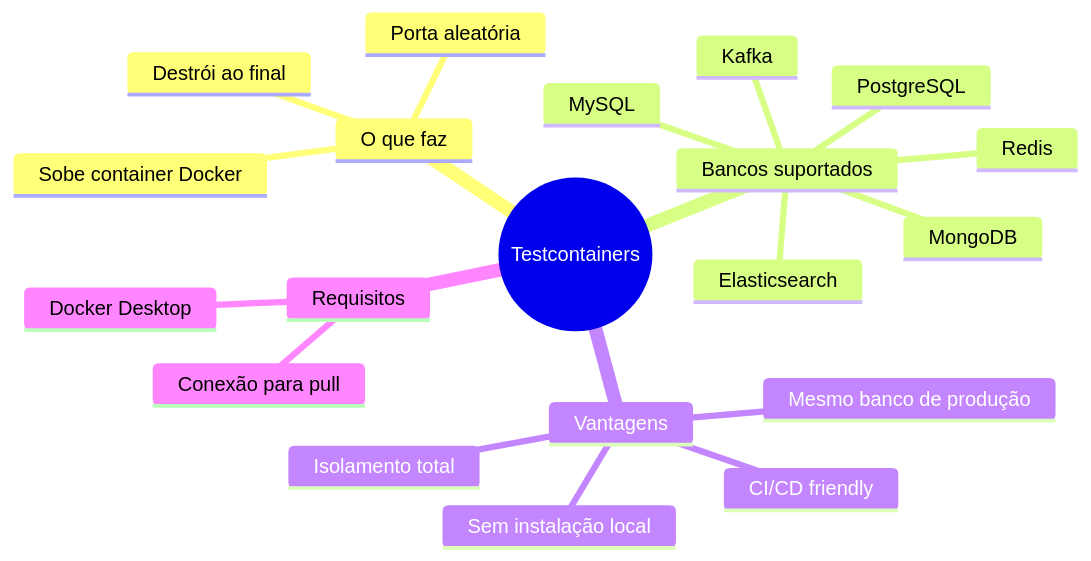
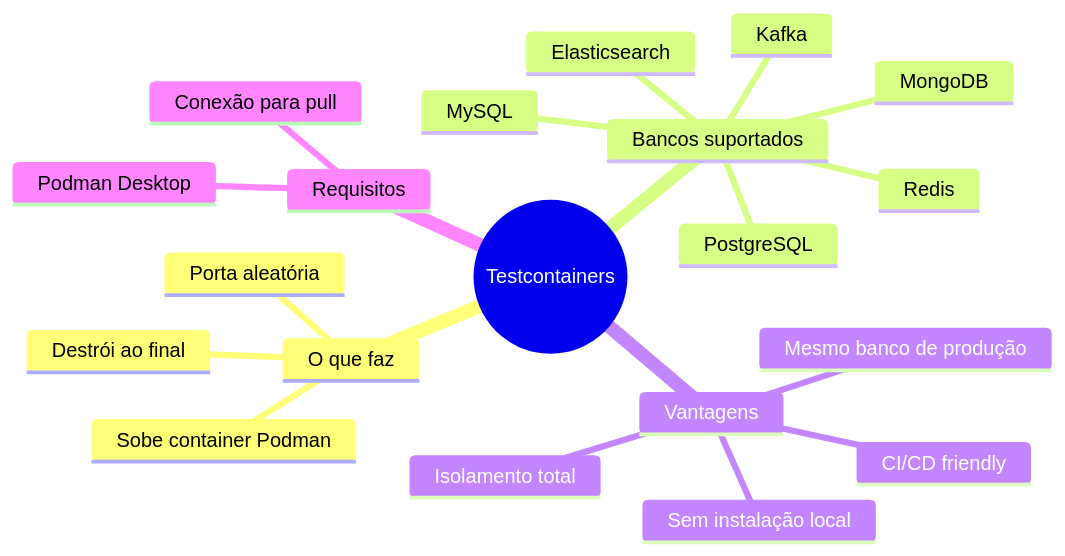
Before and after one commit to deusemarjunior/trein-java-intermed: the third of 9 diagrams in dia-04/slide-07.md, drawn with Mermaid. The commit also changed other lines of this file and 100 other files, not shown here.

Commit message:
removendo docker adicionando podman

````diff
--- a/dia-04/slide-07.md
+++ b/dia-04/slide-07.md
@@ -77,23 +77,23 @@
 ```mermaid
 mindmap
   root((Testcontainers))
     O que faz
-      Sobe container Docker
+      Sobe container Podman
       Porta aleatória
       Destrói ao final
     Bancos suportados
       PostgreSQL
       MySQL
       MongoDB
       Redis
       Kafka
       Elasticsearch
     Vantagens
       Mesmo banco de produção
       Sem instalação local
       Isolamento total
       CI/CD friendly
     Requisitos
-      Docker Desktop
+      Podman Desktop
       Conexão para pull
 ```
````
